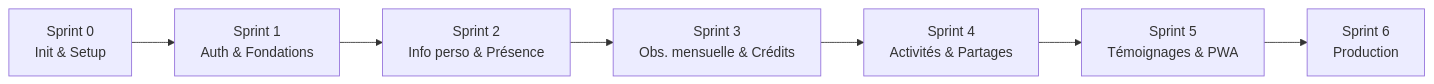
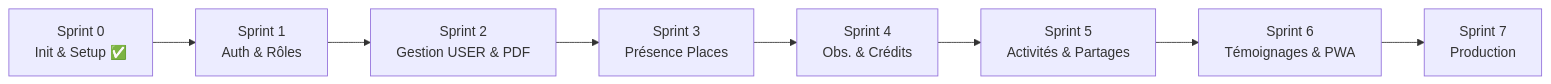
Before and after one commit to tahiry-dev-29/gestion-benevole-mdn: the diagram in todos/README.md, drawn with Mermaid. The commit also changed other lines of this file and 20 other files, not shown here.

````diff
--- a/todos/README.md
+++ b/todos/README.md
@@ -27,9 +28,10 @@
 ```mermaid
 flowchart LR
-  A["Sprint 0<br/>Init & Setup"] --> B["Sprint 1<br/>Auth & Fondations"]
-  B --> C["Sprint 2<br/>Info perso & Présence"]
-  C --> D["Sprint 3<br/>Obs. mensuelle & Crédits"]
-  D --> E["Sprint 4<br/>Activités & Partages"]
-  E --> F["Sprint 5<br/>Témoignages & PWA"]
-  F --> G["Sprint 6<br/>Production"]
+  A["Sprint 0<br/>Init & Setup ✅"] --> B["Sprint 1<br/>Auth & Rôles"]
+  B --> C["Sprint 2<br/>Gestion USER & PDF"]
+  C --> D["Sprint 3<br/>Présence Places"]
+  D --> E["Sprint 4<br/>Obs. & Crédits"]
+  E --> F["Sprint 5<br/>Activités & Partages"]
+  F --> G["Sprint 6<br/>Témoignages & PWA"]
+  G --> H["Sprint 7<br/>Production"]
 ```
````
